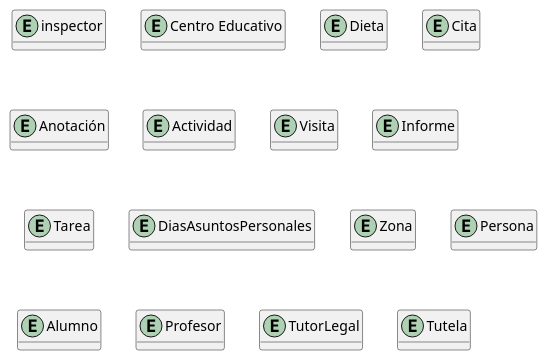
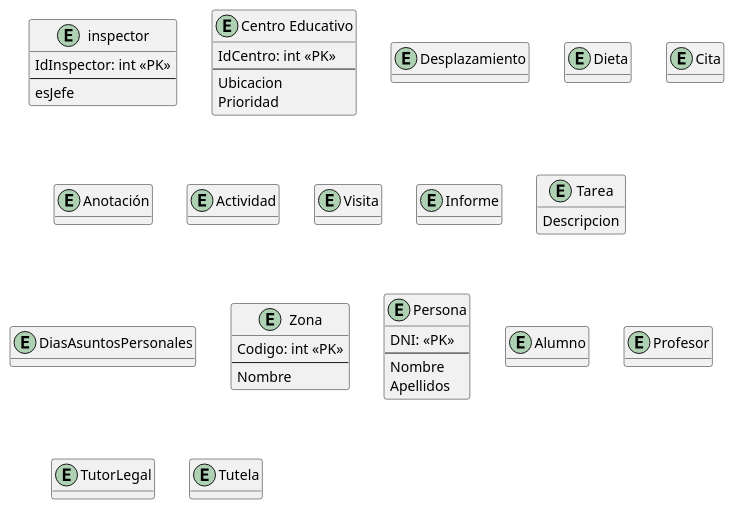
The diagram in modelado/modelado_relacional.puml (lorenzomaranon/ProyectoBD_Inspeccion_Educativa), drawn with PlantUML before and after one commit.

Commit message:
Añade varios atributos y claves primarias

```diff
--- a/modelado/modelado_relacional.puml
+++ b/modelado/modelado_relacional.puml
@@ -1,69 +1,83 @@
 @startuml modelado_conceptual
 hide methods
 skinparam ClassAttributeIconSize 0
 
 entity inspector {
-
+    IdInspector: int <<PK>>
+    --
+    esJefe
 }
 
 entity "Centro Educativo" as CentroEducativo {
+    IdCentro: int <<PK>>
+    --
+    Ubicacion
+    Prioridad
+}
+
+entity Desplazamiento {
 
 }
 
 entity Dieta {
 
 }
 
 entity Cita {
 
 }
 
 entity Anotación {
 
 }
 
 entity Actividad {
 
 }
 
 entity Visita {
 
 }
 
 entity Informe {
 
 }
 
 entity Tarea {
-
+    Descripcion
 }
 
 entity DiasAsuntosPersonales {
 
 }
 
 entity Zona {
-
+    Codigo: int <<PK>>
+    --
+    Nombre
 }
 
 entity Persona {
-
+    DNI: <<PK>>
+    --
+    Nombre
+    Apellidos
 }
 
 entity Alumno {
 
 }
 
 entity Profesor {
 
 }
 
 entity TutorLegal {
 
 }
 
 entity Tutela {
 
 }
 
 @enduml
```
